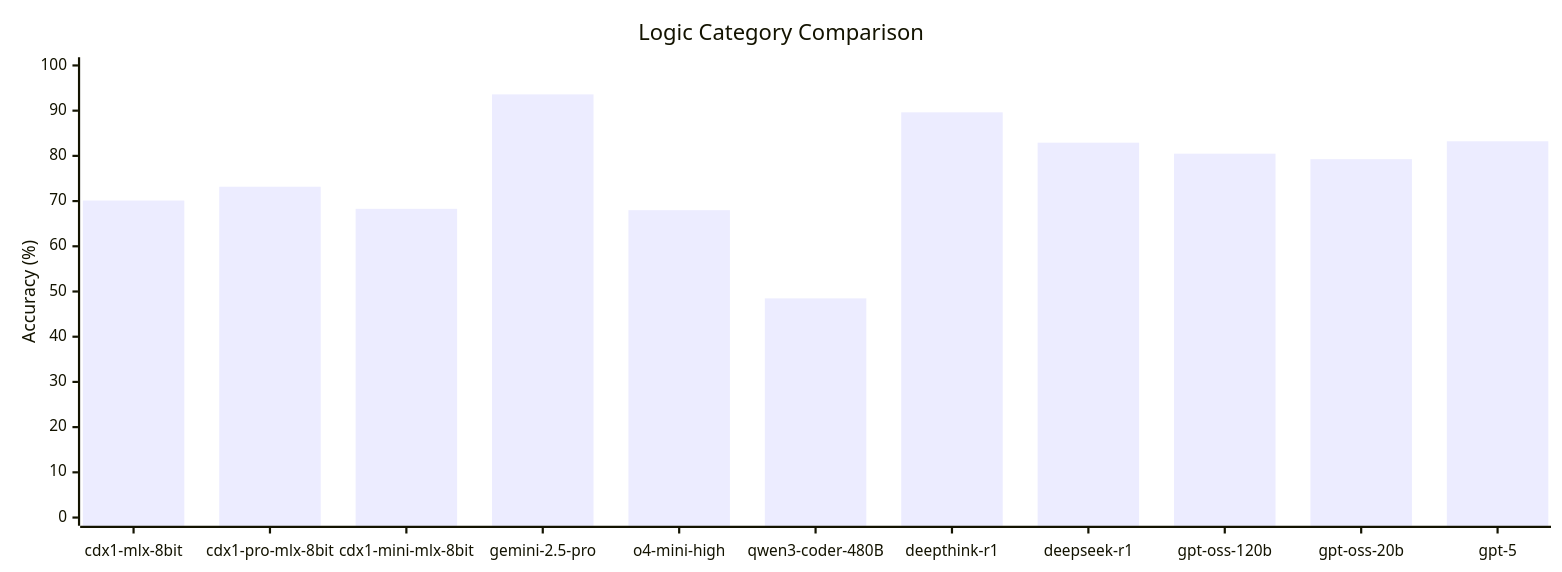
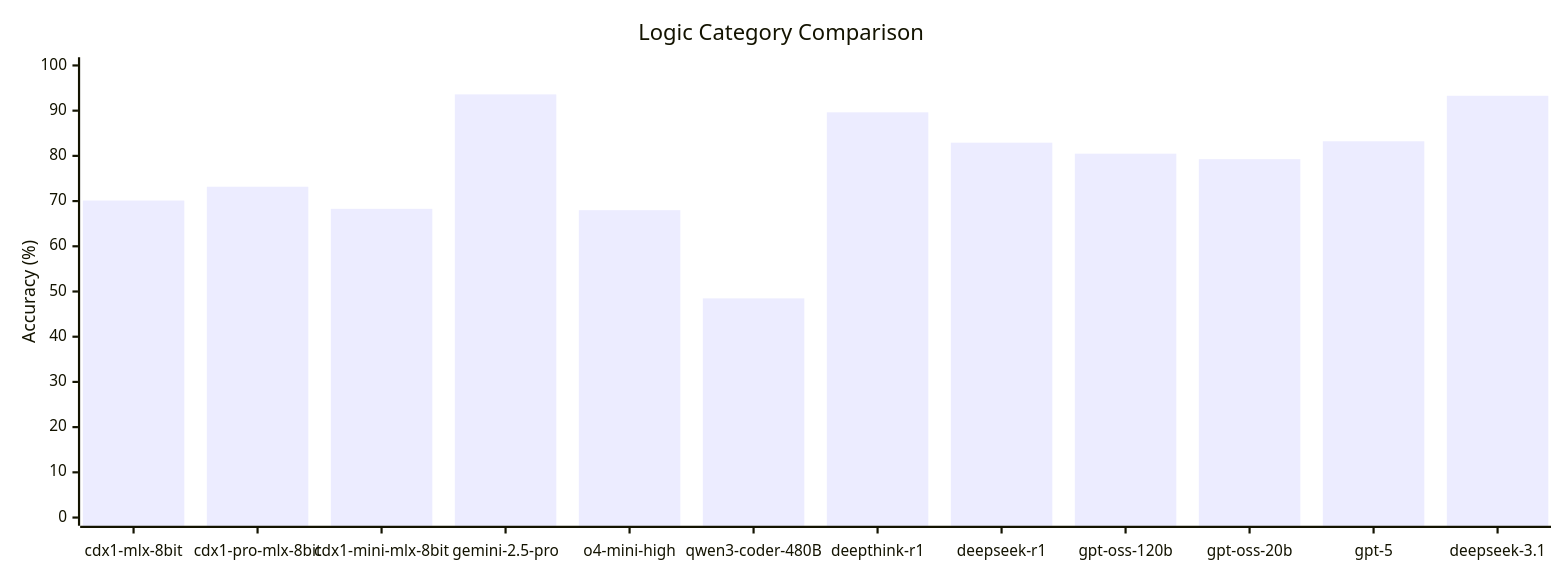
The first of 2 diagrams in contrib/xBOMEval/results/README.md (CycloneDX/cdxgen), drawn with Mermaid before and after one commit. The commit also changed other lines of this file and 5 other files, not shown here.

````diff
--- a/contrib/xBOMEval/results/README.md
+++ b/contrib/xBOMEval/results/README.md
@@ -35,13 +36,13 @@
 ```mermaid
 ---
 config:
   xyChart:
     width: 1400
 ---
 %%{init: {'theme': 'default'}}%%
 xychart-beta
     title "Logic Category Comparison"
-    x-axis [cdx1-mlx-8bit, cdx1-pro-mlx-8bit, cdx1-mini-mlx-8bit, gemini-2.5-pro, o4-mini-high, qwen3-coder-480B, deepthink-r1, deepseek-r1, gpt-oss-120b, gpt-oss-20b, gpt-5]
+    x-axis [cdx1-mlx-8bit, cdx1-pro-mlx-8bit, cdx1-mini-mlx-8bit, gemini-2.5-pro, o4-mini-high, qwen3-coder-480B, deepthink-r1, deepseek-r1, gpt-oss-120b, gpt-oss-20b, gpt-5, deepseek-3.1]
     y-axis "Accuracy (%)" 0 --> 100
-    bar [70.12, 73.17, 68.29, 93.6, 67.99, 48.48, 89.63, 82.92, 80.49, 79.27, 83.23]
+    bar [70.12, 73.17, 68.29, 93.6, 67.99, 48.48, 89.63, 82.92, 80.49, 79.27, 83.23, 93.29]
 ```
````
